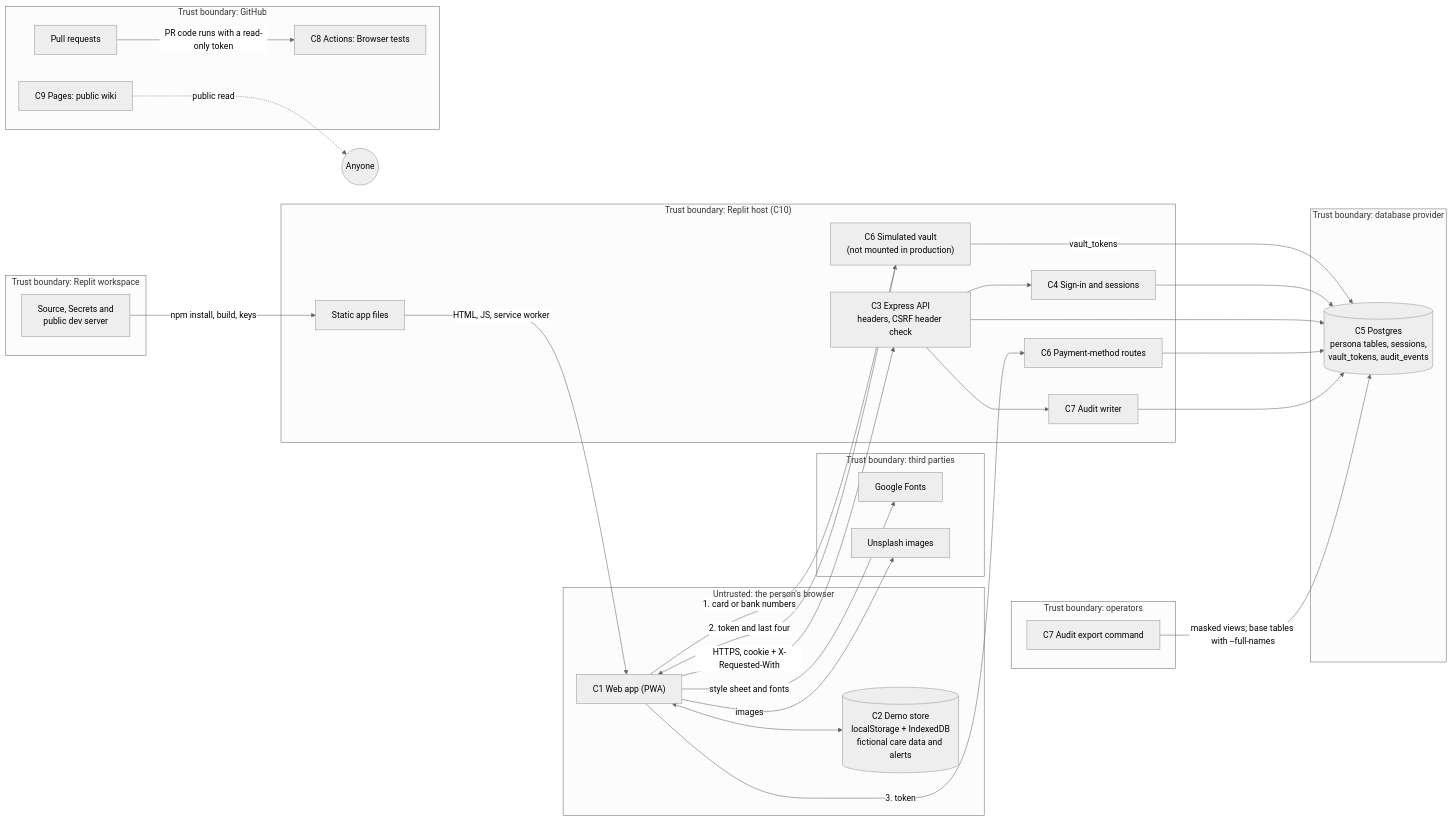
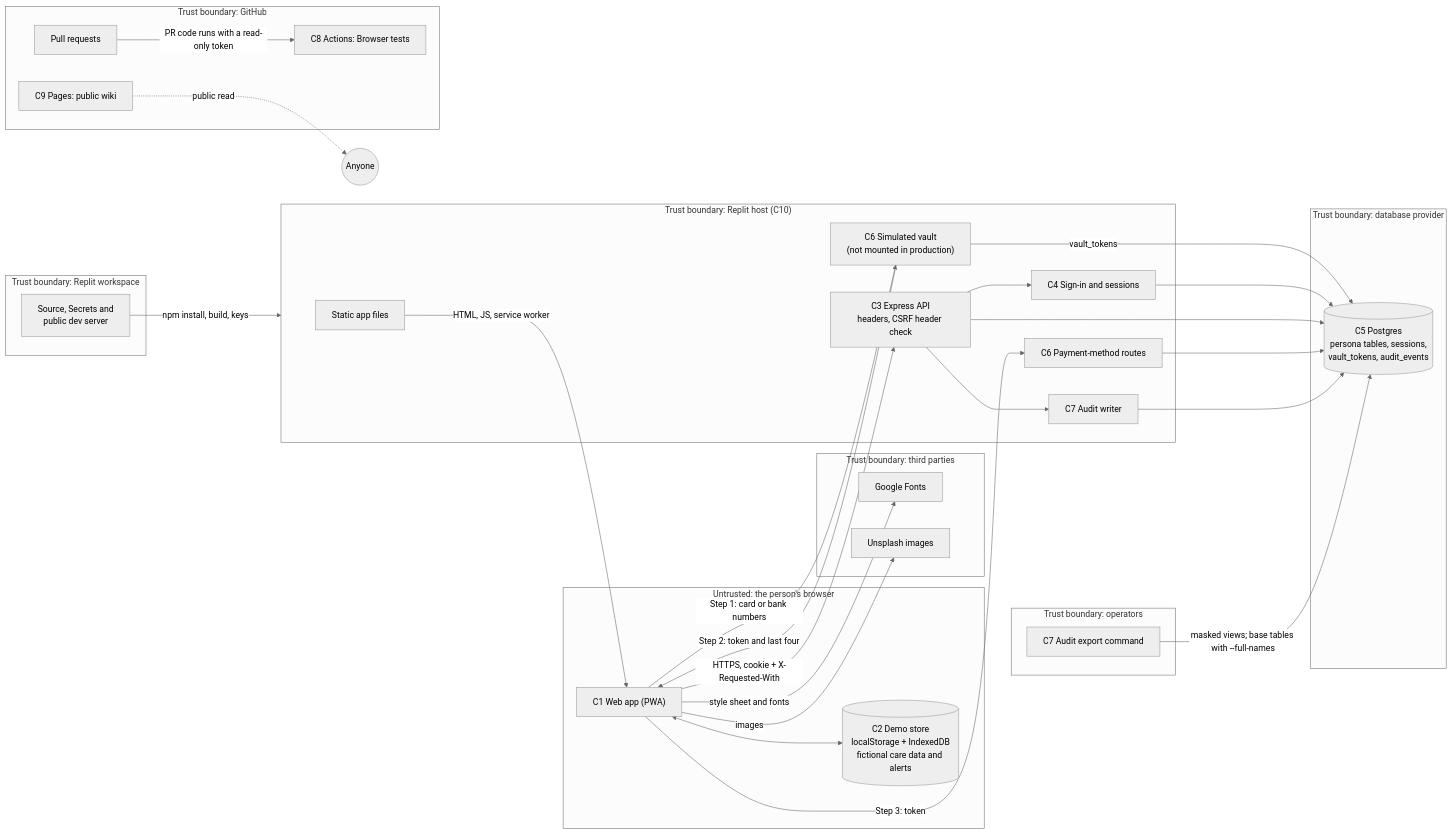
One commit to sumanth1996/circle-care changed the diagram in docs/security/10-threat-model.md. Above: the diagram before and after it, drawn with Mermaid (neutral theme). The commit also changed other lines of this file and 4 other files, not shown here.

````diff
--- a/docs/security/10-threat-model.md
+++ b/docs/security/10-threat-model.md
@@ -32,53 +32,53 @@
 ```mermaid
 flowchart LR
   subgraph Device["Untrusted: the person's browser"]
     UI["C1 Web app (PWA)"]
     STORE[("C2 Demo store<br/>localStorage + IndexedDB<br/>fictional care data and alerts")]
     UI <--> STORE
   end
   subgraph Third["Trust boundary: third parties"]
     FONTS["Google Fonts"]
     IMG["Unsplash images"]
   end
   subgraph Host["Trust boundary: Replit host (C10)"]
     STATIC["Static app files"]
     API["C3 Express API<br/>headers, CSRF header check"]
     AUTH["C4 Sign-in and sessions"]
     VAULT["C6 Simulated vault<br/>(not mounted in production)"]
     PAY["C6 Payment-method routes"]
     AUD["C7 Audit writer"]
   end
   subgraph Data["Trust boundary: database provider"]
     DB[("C5 Postgres<br/>persona tables, sessions,<br/>vault_tokens, audit_events")]
   end
   subgraph Ops["Trust boundary: operators"]
     CLI["C7 Audit export command"]
   end
   subgraph Work["Trust boundary: Replit workspace"]
     WS["Source, Secrets and<br/>public dev server"]
   end
   subgraph GitHub["Trust boundary: GitHub"]
     PR["Pull requests"]
     CI["C8 Actions: Browser tests"]
     PAGES["C9 Pages: public wiki"]
   end
 
   STATIC -- "HTML, JS, service worker" --> UI
   UI -- "style sheet and fonts" --> FONTS
   UI -- "images" --> IMG
   UI -- "HTTPS, cookie + X-Requested-With" --> API
   API --> AUTH
-  UI -- "1. card or bank numbers" --> VAULT
-  VAULT -- "2. token and last four" --> UI
-  UI -- "3. token" --> PAY
+  UI -- "Step 1: card or bank numbers" --> VAULT
+  VAULT -- "Step 2: token and last four" --> UI
+  UI -- "Step 3: token" --> PAY
   VAULT -- "vault_tokens" --> DB
   AUTH --> DB
   API --> DB
   PAY --> DB
   API --> AUD
   AUD --> DB
   CLI -- "masked views; base tables with --full-names" --> DB
-  WS -- "npm install, build, keys" --> STATIC
+  WS -- "npm install, build, keys" --> Host
   PR -- "PR code runs with a read-only token" --> CI
   PAGES -. "public read" .-> Internet(("Anyone"))
 ```
````
